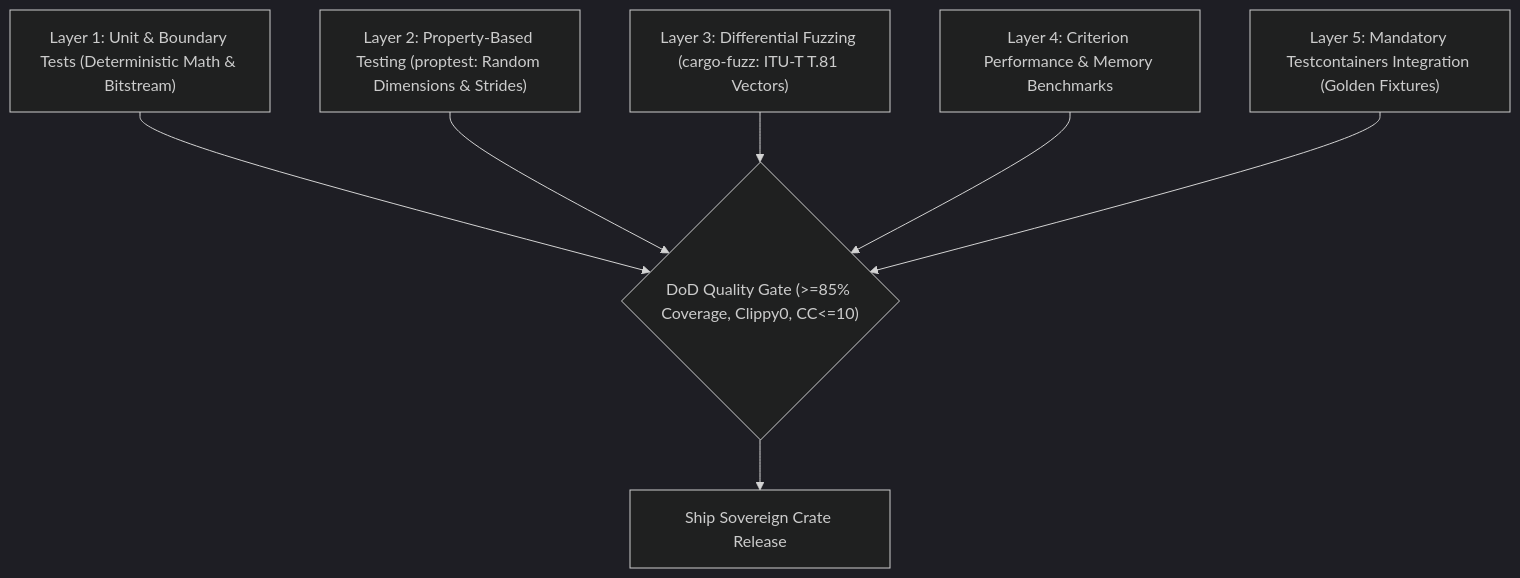
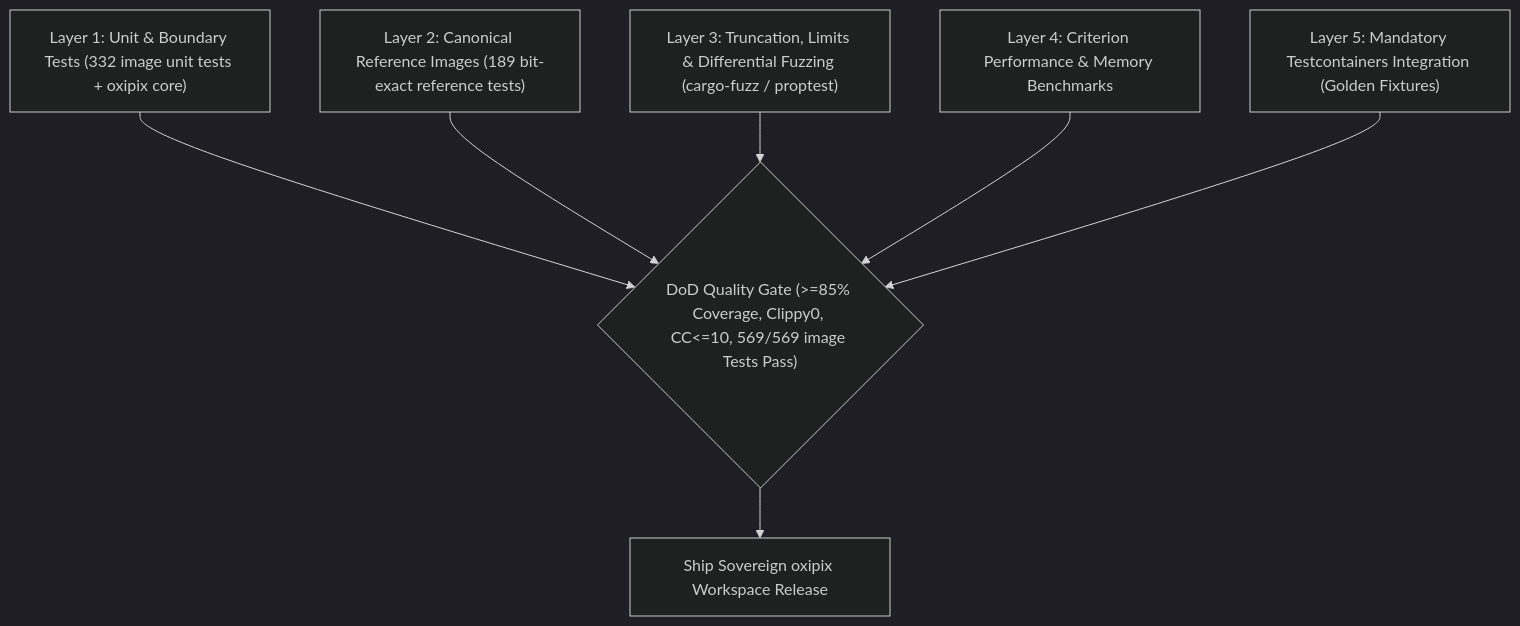
Before and after one commit to yasuomaidana/oxipix: the diagram in docs/04_BENCHMARKS_AND_TESTING_SUITE.md, drawn with Mermaid (dark theme). The commit also changed other lines of this file and 6 other files, not shown here.

````diff
--- a/docs/04_BENCHMARKS_AND_TESTING_SUITE.md
+++ b/docs/04_BENCHMARKS_AND_TESTING_SUITE.md
@@ -7,15 +7,15 @@
 ```mermaid
 flowchart TD
-    Unit["Layer 1: Unit & Boundary Tests (Deterministic Math & Bitstream)"]
-    Prop["Layer 2: Property-Based Testing (proptest: Random Dimensions & Strides)"]
-    Fuzz["Layer 3: Differential Fuzzing (cargo-fuzz: ITU-T T.81 Vectors)"]
+    Unit["Layer 1: Unit & Boundary Tests (332 image unit tests + oxipix core)"]
+    Ref["Layer 2: Canonical Reference Images (189 bit-exact reference tests)"]
+    Fault["Layer 3: Truncation, Limits & Differential Fuzzing (cargo-fuzz / proptest)"]
     Bench["Layer 4: Criterion Performance & Memory Benchmarks"]
     Container["Layer 5: Mandatory Testcontainers Integration (Golden Fixtures)"]
 
-    Unit --> Gate{"DoD Quality Gate (>=85% Coverage, Clippy0, CC<=10)"}
-    Prop --> Gate
-    Fuzz --> Gate
+    Unit --> Gate{"DoD Quality Gate (>=85% Coverage, Clippy0, CC<=10, 569/569 image Tests Pass)"}
+    Ref --> Gate
+    Fault --> Gate
     Bench --> Gate
     Container --> Gate
-    Gate --> Release["Ship Sovereign Crate Release"]
+    Gate --> Release["Ship Sovereign oxipix Workspace Release"]
 ```
````
